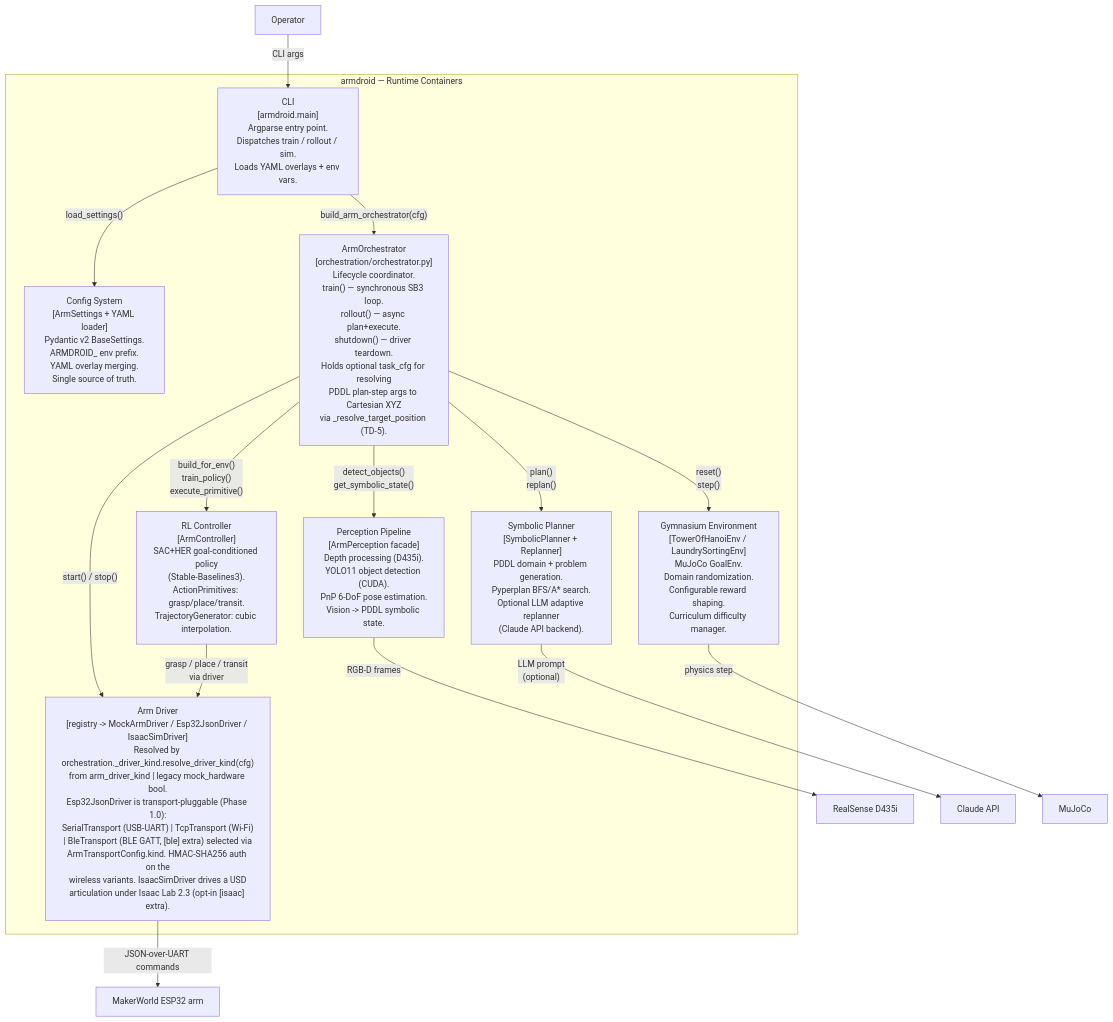
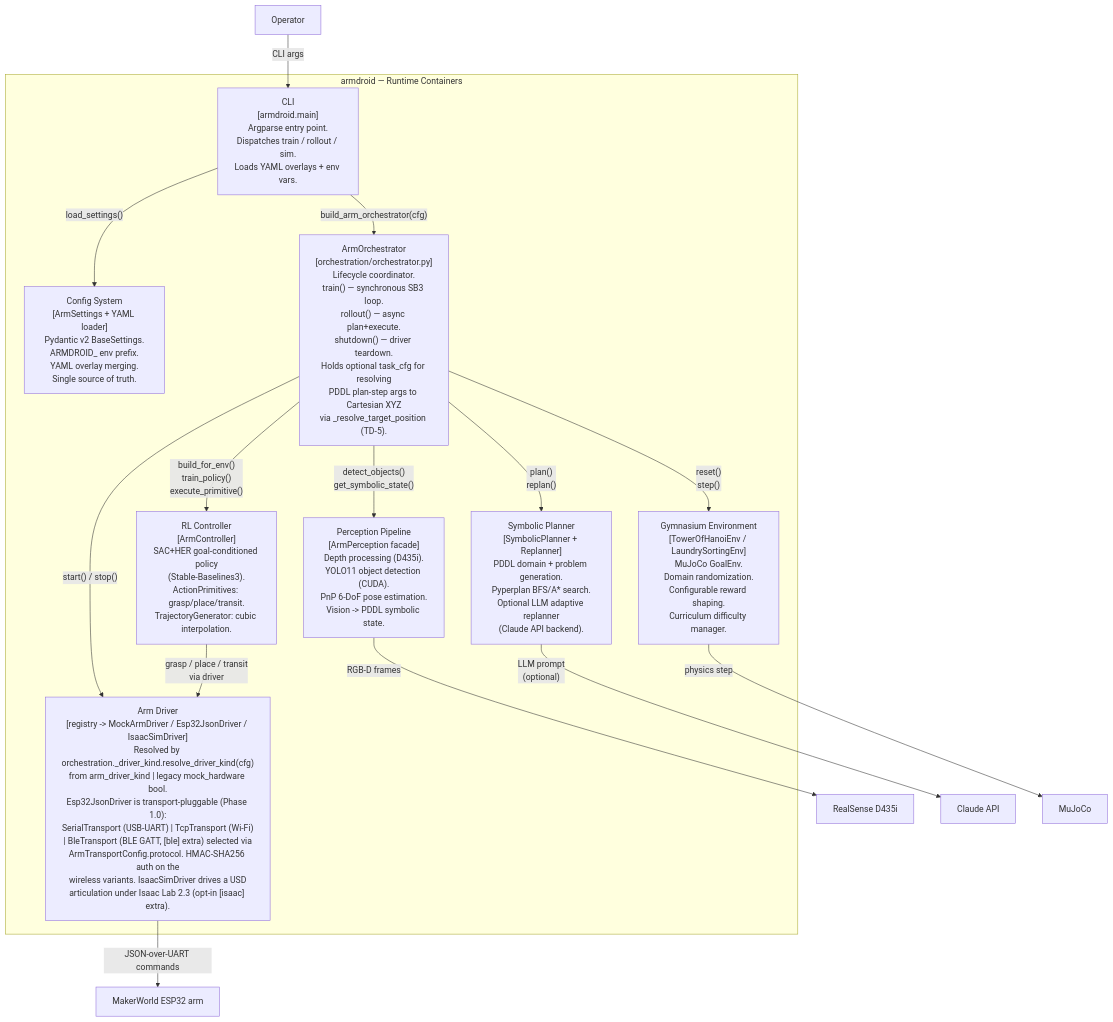
One commit to ianshank/Arm_Droid changed the second of 4 diagrams in docs/architecture/C4.md. Above: the diagram before and after it, drawn with Mermaid. The commit also changed 14 other files, not shown here.

````diff
--- a/docs/architecture/C4.md
+++ b/docs/architecture/C4.md
@@ -47,40 +47,40 @@
 ```mermaid
 graph TD
     subgraph armdroid ["armdroid — Runtime Containers"]
         cli["CLI\n[armdroid.main]\nArgparse entry point.\nDispatches train / rollout / sim.\nLoads YAML overlays + env vars."]
 
         cfg["Config System\n[ArmSettings + YAML loader]\nPydantic v2 BaseSettings.\nARMDROID_ env prefix.\nYAML overlay merging.\nSingle source of truth."]
 
         orch["ArmOrchestrator\n[orchestration/orchestrator.py]\nLifecycle coordinator.\ntrain() — synchronous SB3 loop.\nrollout() — async plan+execute.\nshutdown() — driver teardown.\nHolds optional task_cfg for resolving\nPDDL plan-step args to Cartesian XYZ\nvia _resolve_target_position (TD-5)."]
 
         perception["Perception Pipeline\n[ArmPerception facade]\nDepth processing (D435i).\nYOLO11 object detection (CUDA).\nPnP 6-DoF pose estimation.\nVision -> PDDL symbolic state."]
 
         planner["Symbolic Planner\n[SymbolicPlanner + Replanner]\nPDDL domain + problem generation.\nPyperplan BFS/A* search.\nOptional LLM adaptive replanner\n(Claude API backend)."]
 
         controller["RL Controller\n[ArmController]\nSAC+HER goal-conditioned policy\n(Stable-Baselines3).\nActionPrimitives: grasp/place/transit.\nTrajectoryGenerator: cubic interpolation."]
 
         env["Gymnasium Environment\n[TowerOfHanoiEnv / LaundrySortingEnv]\nMuJoCo GoalEnv.\nDomain randomization.\nConfigurable reward shaping.\nCurriculum difficulty manager."]
 
-        driver["Arm Driver\n[registry -> MockArmDriver / Esp32JsonDriver / IsaacSimDriver]\nResolved by orchestration._driver_kind.resolve_driver_kind(cfg)\nfrom arm_driver_kind | legacy mock_hardware bool.\nEsp32JsonDriver is transport-pluggable (Phase 1.0):\nSerialTransport (USB-UART) | TcpTransport (Wi-Fi)\n| BleTransport (BLE GATT, [ble] extra) selected via\nArmTransportConfig.kind. HMAC-SHA256 auth on the\nwireless variants. IsaacSimDriver drives a USD\narticulation under Isaac Lab 2.3 (opt-in [isaac] extra)."]
+        driver["Arm Driver\n[registry -> MockArmDriver / Esp32JsonDriver / IsaacSimDriver]\nResolved by orchestration._driver_kind.resolve_driver_kind(cfg)\nfrom arm_driver_kind | legacy mock_hardware bool.\nEsp32JsonDriver is transport-pluggable (Phase 1.0):\nSerialTransport (USB-UART) | TcpTransport (Wi-Fi)\n| BleTransport (BLE GATT, [ble] extra) selected via\nArmTransportConfig.protocol. HMAC-SHA256 auth on the\nwireless variants. IsaacSimDriver drives a USD\narticulation under Isaac Lab 2.3 (opt-in [isaac] extra)."]
     end
 
     user["Operator"]
     hw["MakerWorld ESP32 arm"]
     cam["RealSense D435i"]
     llm["Claude API"]
     sim["MuJoCo"]
 
     user -->|"CLI args"| cli
     cli -->|"load_settings()"| cfg
     cli -->|"build_arm_orchestrator(cfg)"| orch
     orch -->|"detect_objects()\nget_symbolic_state()"| perception
     orch -->|"plan()\nreplan()"| planner
     orch -->|"build_for_env()\ntrain_policy()\nexecute_primitive()"| controller
     orch -->|"reset()\nstep()"| env
     orch -->|"start() / stop()"| driver
     controller -->|"grasp / place / transit\nvia driver"| driver
     planner -->|"LLM prompt\n(optional)"| llm
     perception -->|"RGB-D frames"| cam
     driver -->|"JSON-over-UART commands"| hw
     env -->|"physics step"| sim
 ```
````
